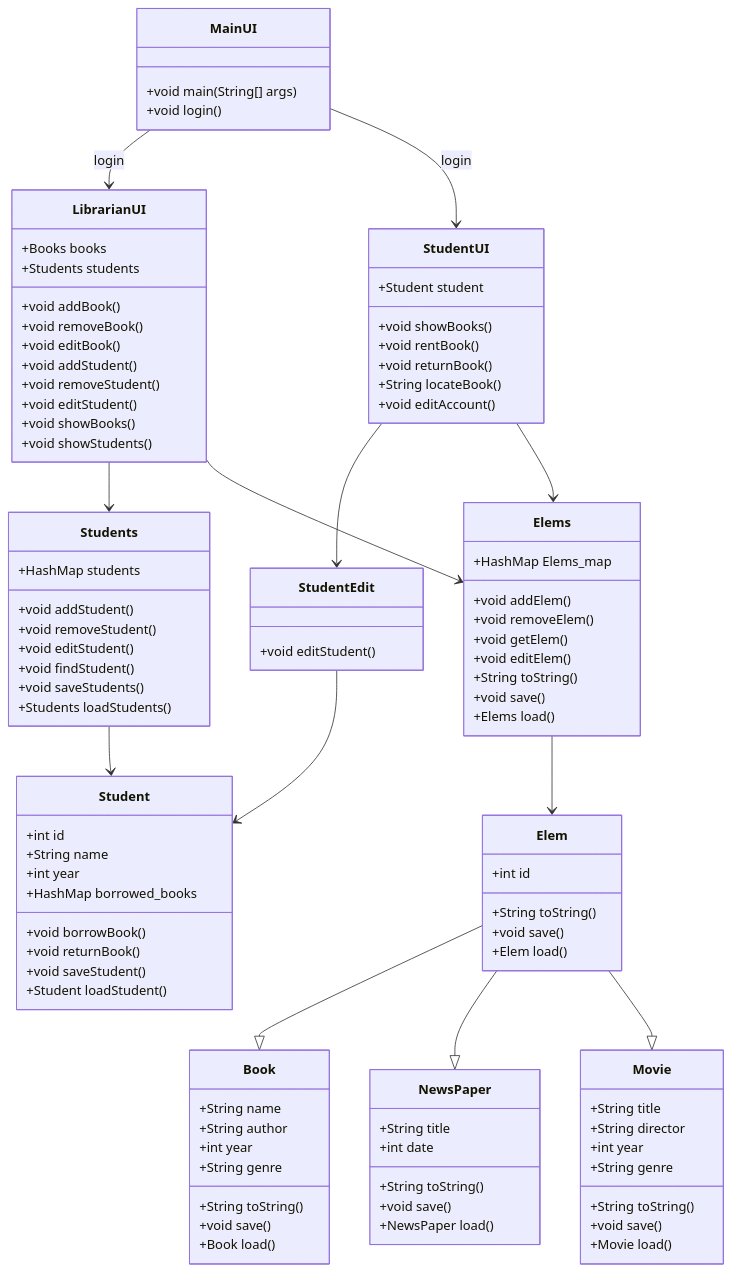
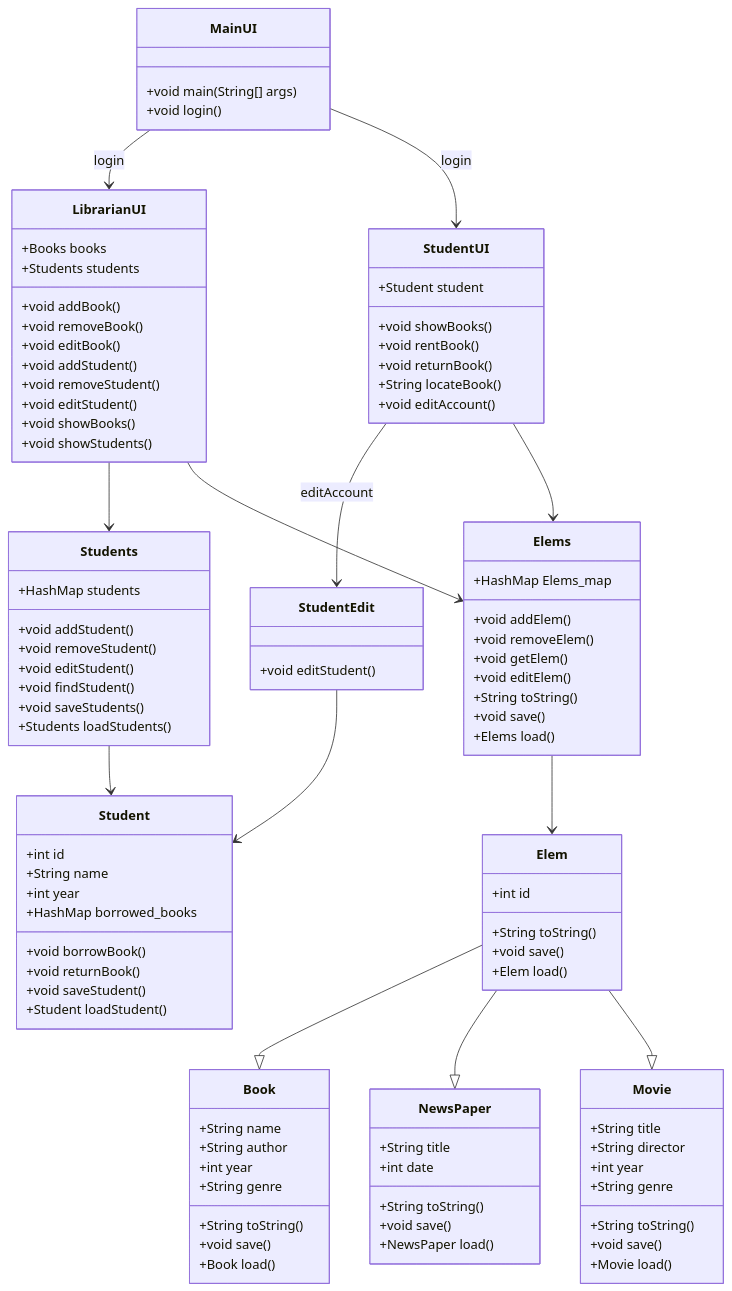
Before and after one commit to PatrykFlama/LibrarySystem: the diagram in README.md, drawn with Mermaid. The commit also changed other lines of this file and 2 other files, not shown here.

```diff
--- a/README.md
+++ b/README.md
@@ -12,7 +12,7 @@
     MainUI --> LibrarianUI : login
     MainUI --> StudentUI : login
     LibrarianUI --> Students
-    StudentUI --> StudentEdit
+    StudentUI --> StudentEdit : editAccount
     Students --> Student
     StudentEdit --> Student
     StudentUI --> Elems
```
